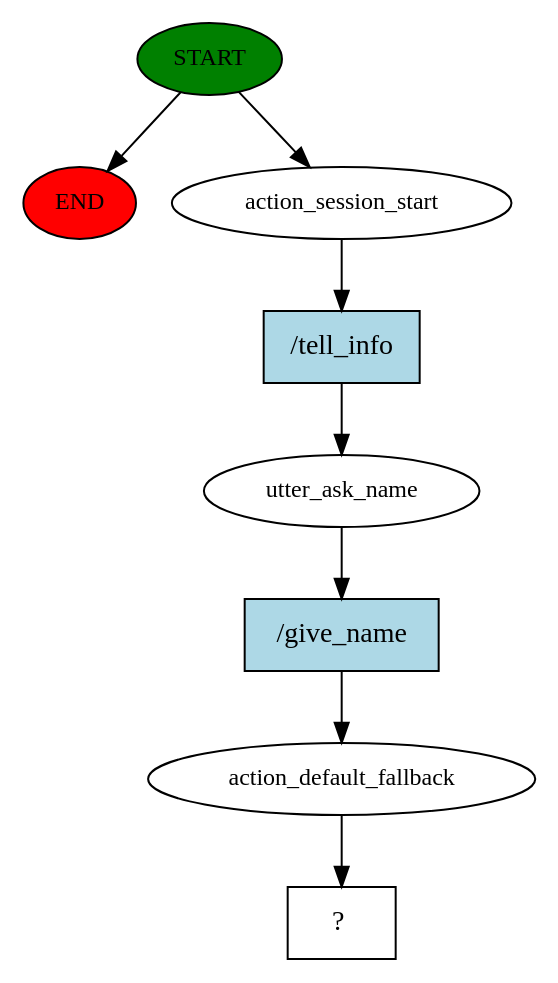
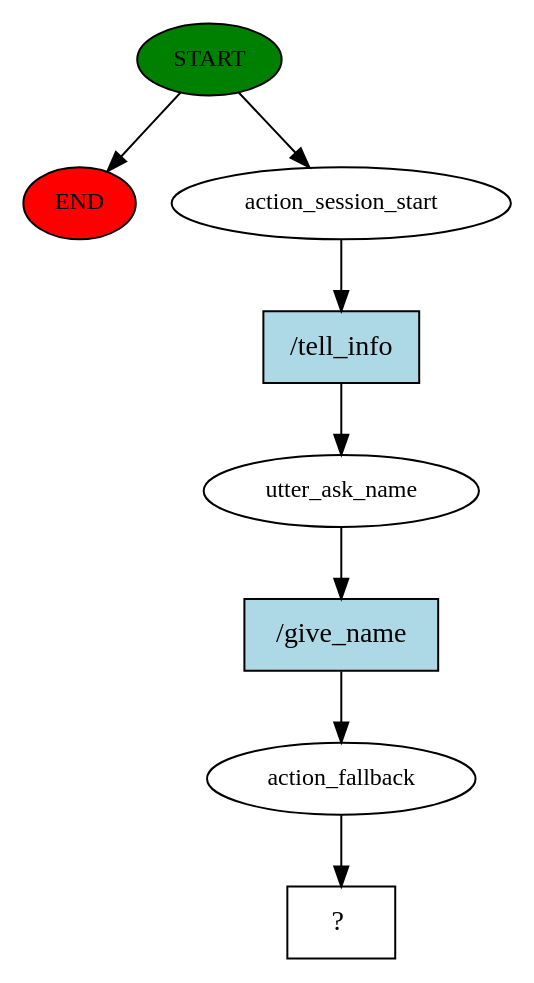
One commit to cwleungar/chat_agent changed the diagram in chatbot/Healthy-chatbot/story_graph.dot. Above: the diagram before and after it, drawn with Graphviz. The commit also changed 4 other files, not shown here.

Commit message:
Add fallback action for low bot action confidence

```diff
--- a/chatbot/Healthy-chatbot/story_graph.dot
+++ b/chatbot/Healthy-chatbot/story_graph.dot
@@ -1,17 +1,17 @@
 digraph  {
 0 [class="start active", fillcolor=green, fontsize=12, label=START, style=filled];
 "-1" [class=end, fillcolor=red, fontsize=12, label=END, style=filled];
 1 [class=active, fontsize=12, label=action_session_start];
 2 [class=active, fontsize=12, label=utter_ask_name];
-3 [class=active, fontsize=12, label=action_default_fallback];
+3 [class=active, fontsize=12, label=action_fallback];
 4 [class="intent dashed active", label="  ?  ", shape=rect];
 5 [class="intent active", fillcolor=lightblue, label="/tell_info", shape=rect, style=filled];
 6 [class="intent active", fillcolor=lightblue, label="/give_name", shape=rect, style=filled];
 0 -> "-1"  [class="", key=NONE, label=""];
 0 -> 1  [class=active, key=NONE, label=""];
 1 -> 5  [class=active, key=0];
 2 -> 6  [class=active, key=0];
 3 -> 4  [class=active, key=NONE, label=""];
 5 -> 2  [class=active, key=0];
 6 -> 3  [class=active, key=0];
 }
```
